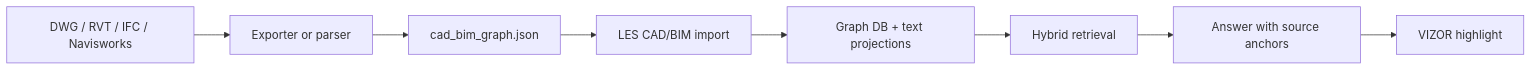
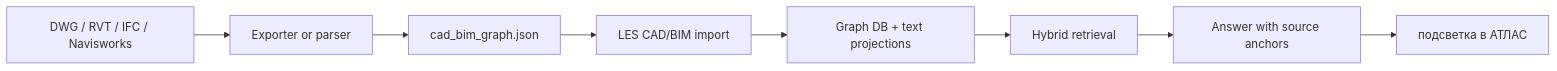
Before and after one commit to proovcme/les_rag_public: the first of 6 diagrams in README.md, drawn with Mermaid. The commit also changed other lines of this file and 28 other files, not shown here.

````diff
--- a/README.md
+++ b/README.md
@@ -53,10 +53,10 @@
 ```mermaid
 flowchart LR
   A["DWG / RVT / IFC / Navisworks"] --> B["Exporter or parser"]
   B --> C["cad_bim_graph.json"]
   C --> D["LES CAD/BIM import"]
   D --> E["Graph DB + text projections"]
   E --> F["Hybrid retrieval"]
   F --> G["Answer with source anchors"]
-  G --> H["VIZOR highlight"]
+  G --> H["подсветка в АТЛАС"]
 ```
````
